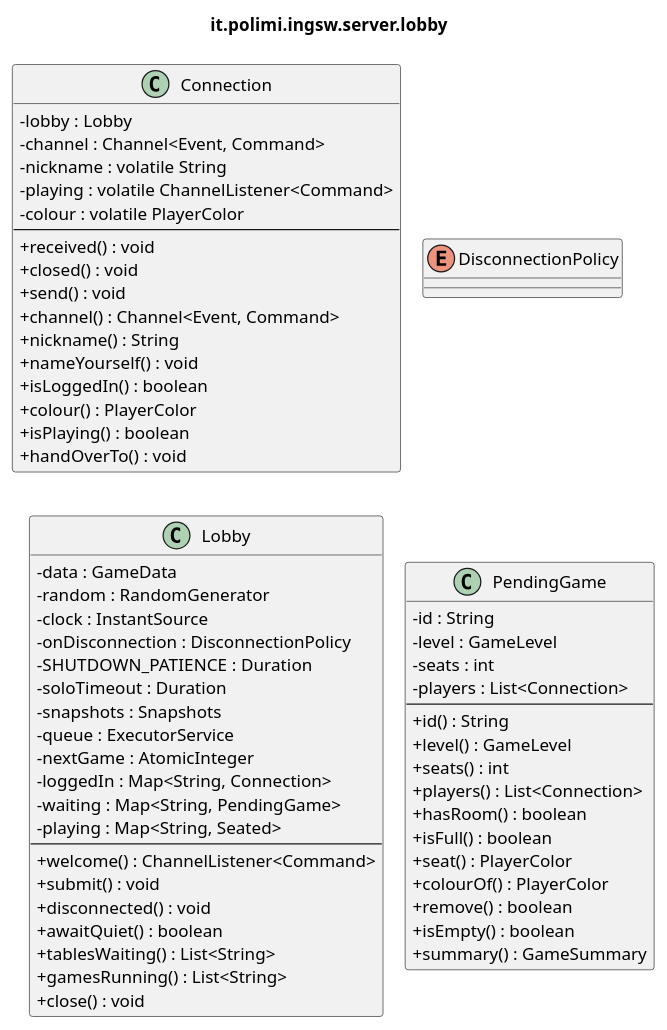
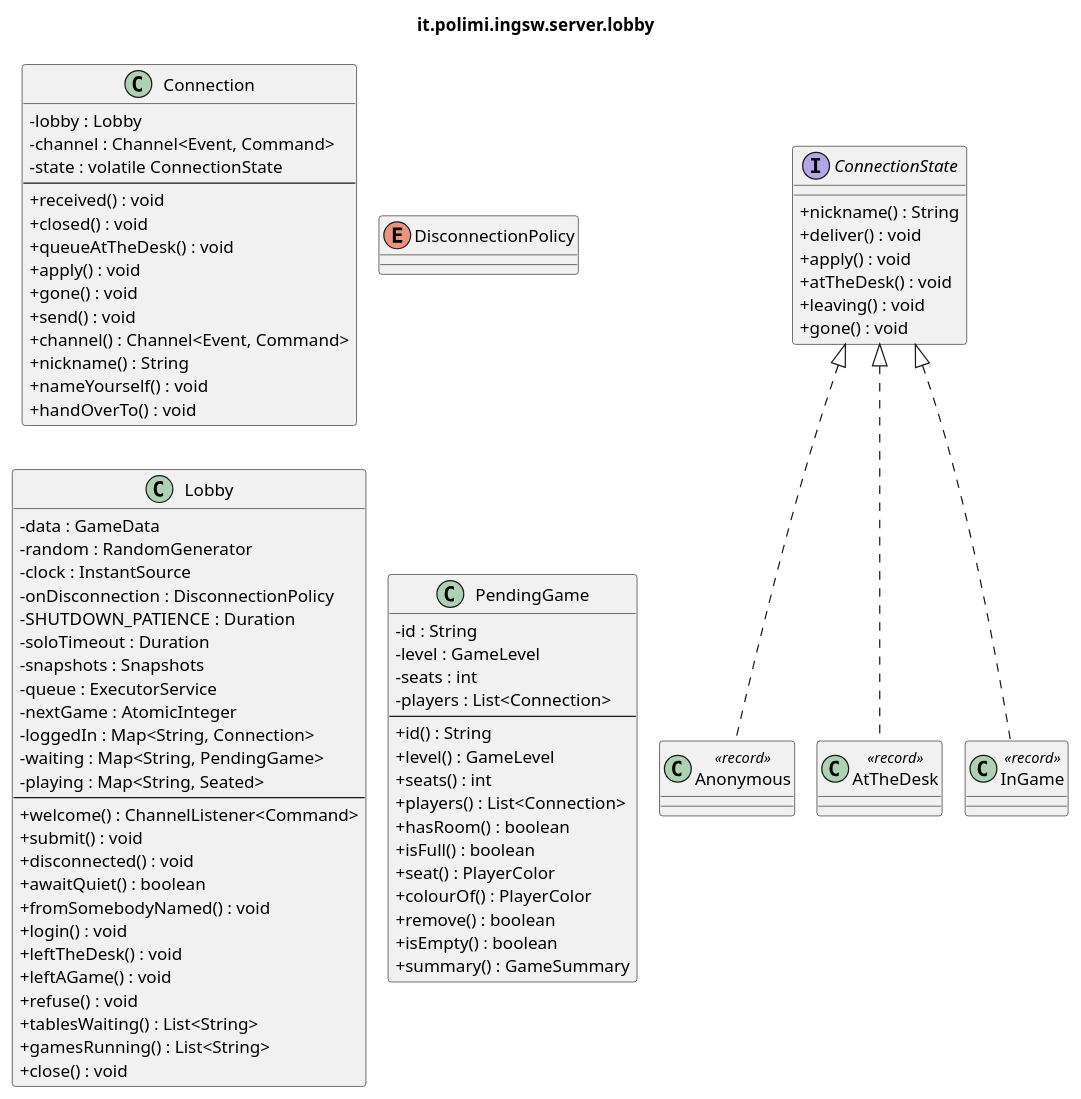
One commit to samuelesegrini/ing-sw-2025-segrini-terribile-varricchio-zanca changed the diagram in docs/uml/detailed/server-lobby.puml. Above: the diagram before and after it, drawn with PlantUML. The commit also changed 4 other files, not shown here.

```diff
--- a/docs/uml/detailed/server-lobby.puml
+++ b/docs/uml/detailed/server-lobby.puml
@@ -1,69 +1,89 @@
 @startuml it_polimi_ingsw_server_lobby
 ' Generated by tools/uml/generate-detailed.py. Do not edit by hand.
 !pragma layout smetana
 skinparam shadowing false
 skinparam classAttributeIconSize 0
 title it.polimi.ingsw.server.lobby
 
 class Connection {
   -lobby : Lobby
   -channel : Channel<Event, Command>
-  -nickname : volatile String
-  -playing : volatile ChannelListener<Command>
-  -colour : volatile PlayerColor
+  -state : volatile ConnectionState
   --
   +received() : void
   +closed() : void
+  +queueAtTheDesk() : void
+  +apply() : void
+  +gone() : void
   +send() : void
   +channel() : Channel<Event, Command>
   +nickname() : String
   +nameYourself() : void
-  +isLoggedIn() : boolean
-  +colour() : PlayerColor
-  +isPlaying() : boolean
   +handOverTo() : void
+}
+interface ConnectionState {
+  +nickname() : String
+  +deliver() : void
+  +apply() : void
+  +atTheDesk() : void
+  +leaving() : void
+  +gone() : void
+}
+class Anonymous <<record>> {
+}
+class AtTheDesk <<record>> {
+}
+class InGame <<record>> {
 }
 enum DisconnectionPolicy {
 }
 class Lobby {
   -data : GameData
   -random : RandomGenerator
   -clock : InstantSource
   -onDisconnection : DisconnectionPolicy
   -SHUTDOWN_PATIENCE : Duration
   -soloTimeout : Duration
   -snapshots : Snapshots
   -queue : ExecutorService
   -nextGame : AtomicInteger
   -loggedIn : Map<String, Connection>
   -waiting : Map<String, PendingGame>
   -playing : Map<String, Seated>
   --
   +welcome() : ChannelListener<Command>
   +submit() : void
   +disconnected() : void
   +awaitQuiet() : boolean
+  +fromSomebodyNamed() : void
+  +login() : void
+  +leftTheDesk() : void
+  +leftAGame() : void
+  +refuse() : void
   +tablesWaiting() : List<String>
   +gamesRunning() : List<String>
   +close() : void
 }
 class PendingGame {
   -id : String
   -level : GameLevel
   -seats : int
   -players : List<Connection>
   --
   +id() : String
   +level() : GameLevel
   +seats() : int
   +players() : List<Connection>
   +hasRoom() : boolean
   +isFull() : boolean
   +seat() : PlayerColor
   +colourOf() : PlayerColor
   +remove() : boolean
   +isEmpty() : boolean
   +summary() : GameSummary
 }
 
+ConnectionState <|.. Anonymous
+ConnectionState <|.. AtTheDesk
+ConnectionState <|.. InGame
 @enduml
```
